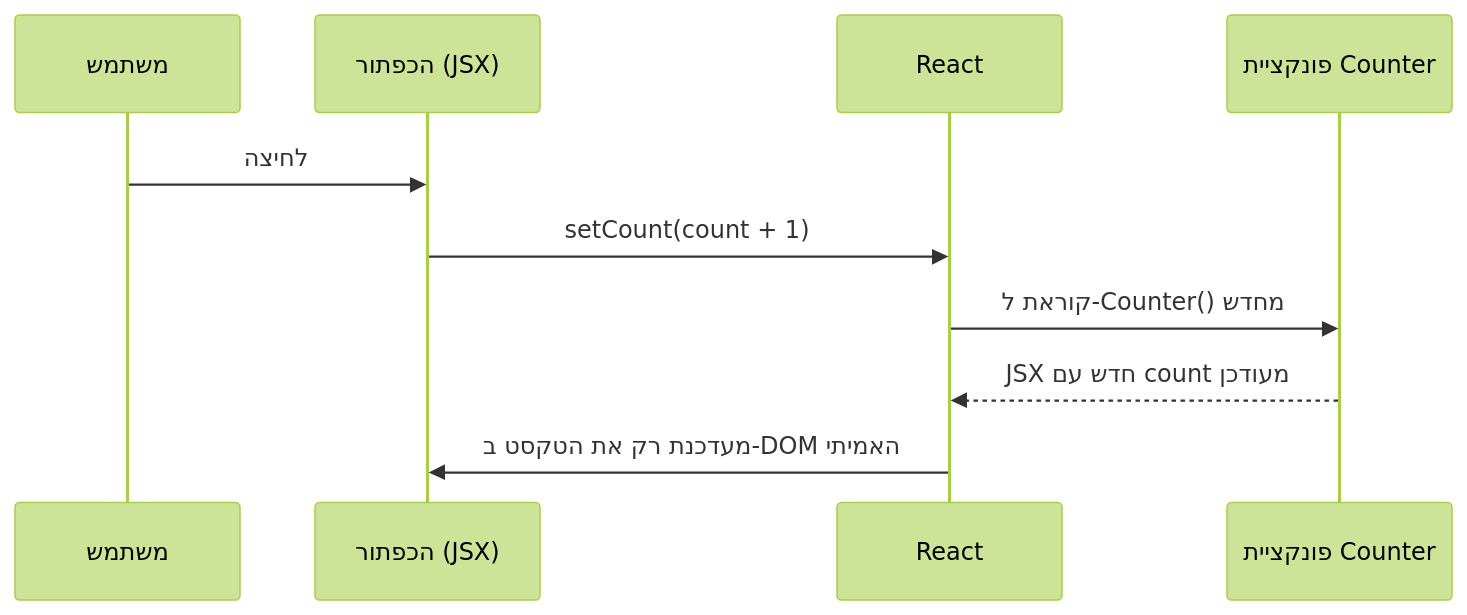
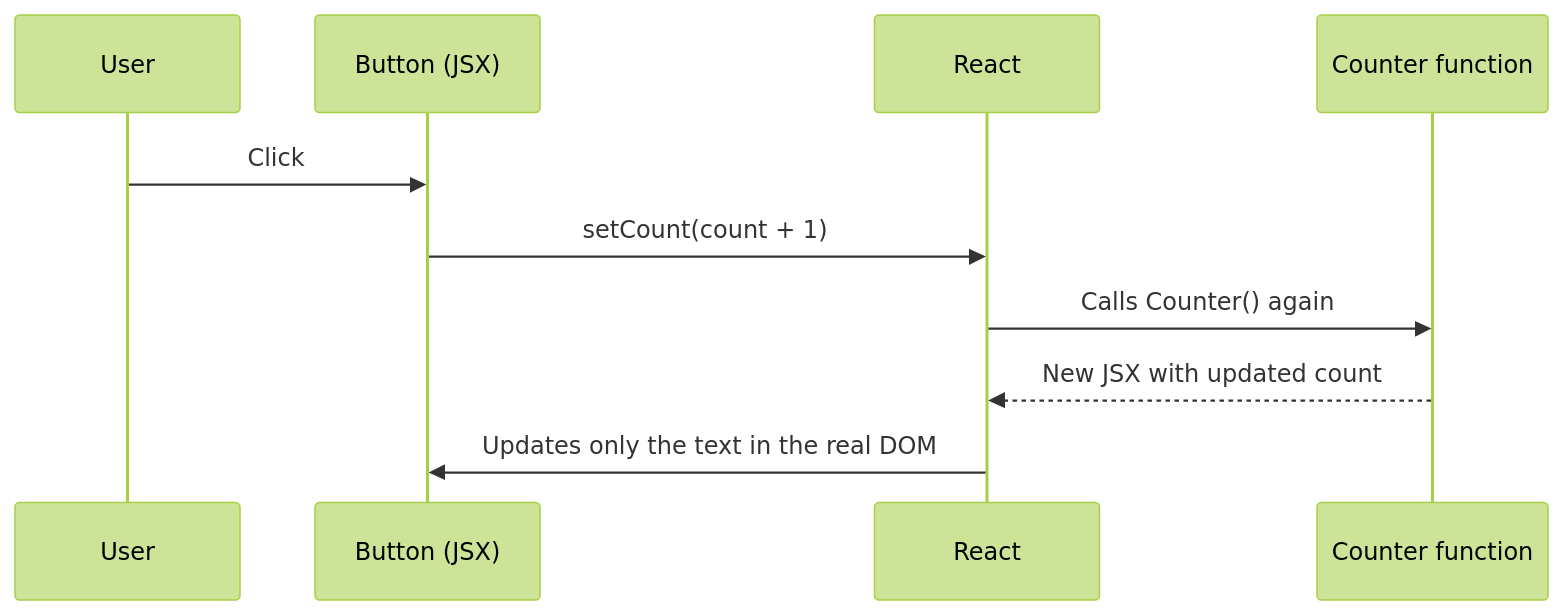
One commit to neriyaMalachi/FullStack_kodkode_5 changed the diagram in content/docs/react/91-react-state-content.md. Above: the diagram before and after it, drawn with Mermaid (forest theme). The commit also changed other lines of this file and 117 other files, not shown here.

````diff
--- a/content/docs/react/91-react-state-content.md
+++ b/content/docs/react/91-react-state-content.md
@@ -49,13 +49,13 @@
 ```mermaid
 sequenceDiagram
-    participant User as משתמש
-    participant Btn as הכפתור (JSX)
+    participant User as User
+    participant Btn as Button (JSX)
     participant React
-    participant Counter as פונקציית Counter
+    participant Counter as Counter function
 
-    User->>Btn: לחיצה
+    User->>Btn: Click
     Btn->>React: setCount(count + 1)
-    React->>Counter: קוראת ל-Counter() מחדש
-    Counter-->>React: JSX חדש עם count מעודכן
-    React->>Btn: מעדכנת רק את הטקסט ב-DOM האמיתי
+    React->>Counter: Calls Counter() again
+    Counter-->>React: New JSX with updated count
+    React->>Btn: Updates only the text in the real DOM
 ```
````
